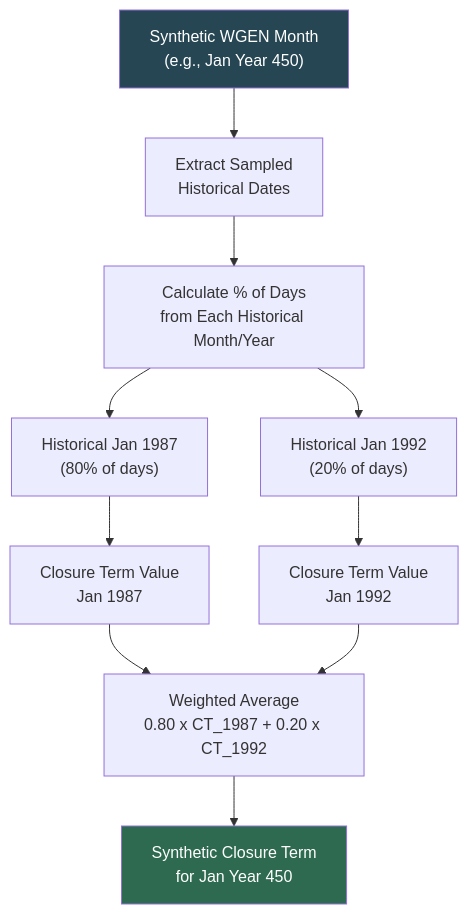
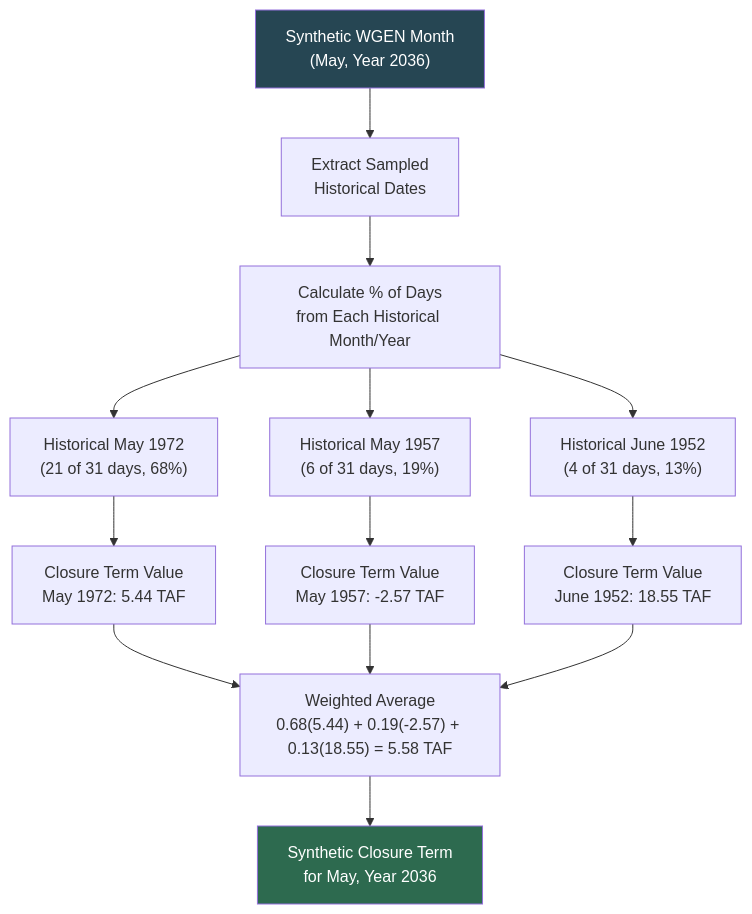
One commit to CentralValleyModeling/calsim3-stochastic-input-generation changed the diagram in docs/source/input-generation/mod-other-closure-terms.md. Above: the diagram before and after it, drawn with Mermaid. The commit also changed other lines of this file, not shown here.

First line of the commit message:
revise closure terms doc: real worked example, cited retirement precedent, inline figures

````diff
--- a/docs/source/input-generation/mod-other-closure-terms.md
+++ b/docs/source/input-generation/mod-other-closure-terms.md
@@ -26,19 +26,22 @@
 ```{mermaid}
 flowchart TD
-    WGEN_MONTH["Synthetic WGEN Month<br/>(e.g., Jan Year 450)"] --> DATES["Extract Sampled<br/>Historical Dates"]
+    WGEN_MONTH["Synthetic WGEN Month<br/>(May, Year 2036)"] --> DATES["Extract Sampled<br/>Historical Dates"]
     DATES --> PCT["Calculate % of Days<br/>from Each Historical Month/Year"]
 
-    PCT --> H1["Historical Jan 1987<br/>(80% of days)"]
-    PCT --> H2["Historical Jan 1992<br/>(20% of days)"]
+    PCT --> H1["Historical May 1972<br/>(21 of 31 days, 68%)"]
+    PCT --> H2["Historical May 1957<br/>(6 of 31 days, 19%)"]
+    PCT --> H3["Historical June 1952<br/>(4 of 31 days, 13%)"]
 
-    H1 --> CT1["Closure Term Value<br/>Jan 1987"]
-    H2 --> CT2["Closure Term Value<br/>Jan 1992"]
+    H1 --> CT1["Closure Term Value<br/>May 1972: 5.44 TAF"]
+    H2 --> CT2["Closure Term Value<br/>May 1957: -2.57 TAF"]
+    H3 --> CT3["Closure Term Value<br/>June 1952: 18.55 TAF"]
 
-    CT1 --> WAVG["Weighted Average<br/>0.80 x CT_1987 + 0.20 x CT_1992"]
+    CT1 --> WAVG["Weighted Average<br/>0.68(5.44) + 0.19(-2.57) + 0.13(18.55) = 5.58 TAF"]
     CT2 --> WAVG
+    CT3 --> WAVG
 
-    WAVG --> OUTPUT["Synthetic Closure Term<br/>for Jan Year 450"]
+    WAVG --> OUTPUT["Synthetic Closure Term<br/>for May, Year 2036"]
 
     style WGEN_MONTH fill:#264653,color:#fff
     style OUTPUT fill:#2d6a4f,color:#fff
 ```
````
